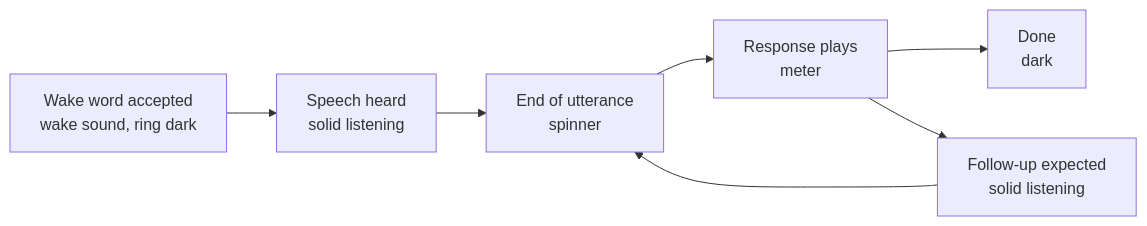
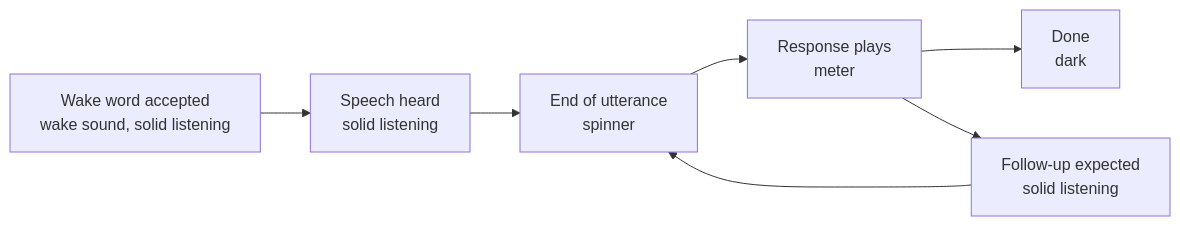
Before and after one commit to kdkavanagh/EchoMuse: the diagram in docs/led-ring-states.md, drawn with Mermaid. The commit also changed other lines of this file and 150 other files, not shown here.

````diff
--- a/docs/led-ring-states.md
+++ b/docs/led-ring-states.md
@@ -177,9 +177,9 @@
 ```mermaid
 flowchart LR
-  W[Wake word accepted<br/>wake sound, ring dark] --> L[Speech heard<br/>solid listening]
+  W[Wake word accepted<br/>wake sound, solid listening] --> L[Speech heard<br/>solid listening]
   L --> T[End of utterance<br/>spinner]
   T --> S[Response plays<br/>meter]
   S --> I[Done<br/>dark]
   S --> R[Follow-up expected<br/>solid listening]
   R --> T
 ```
````
